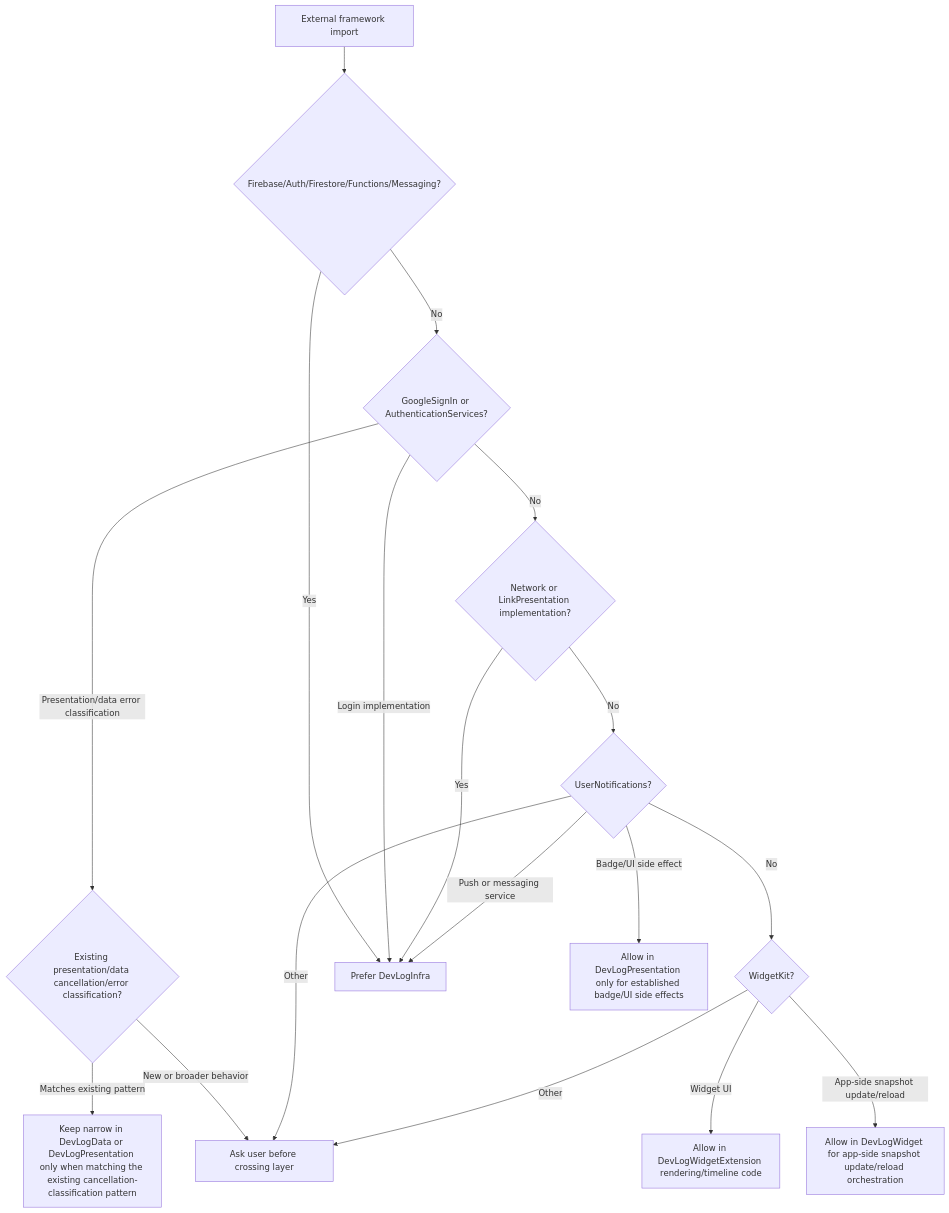
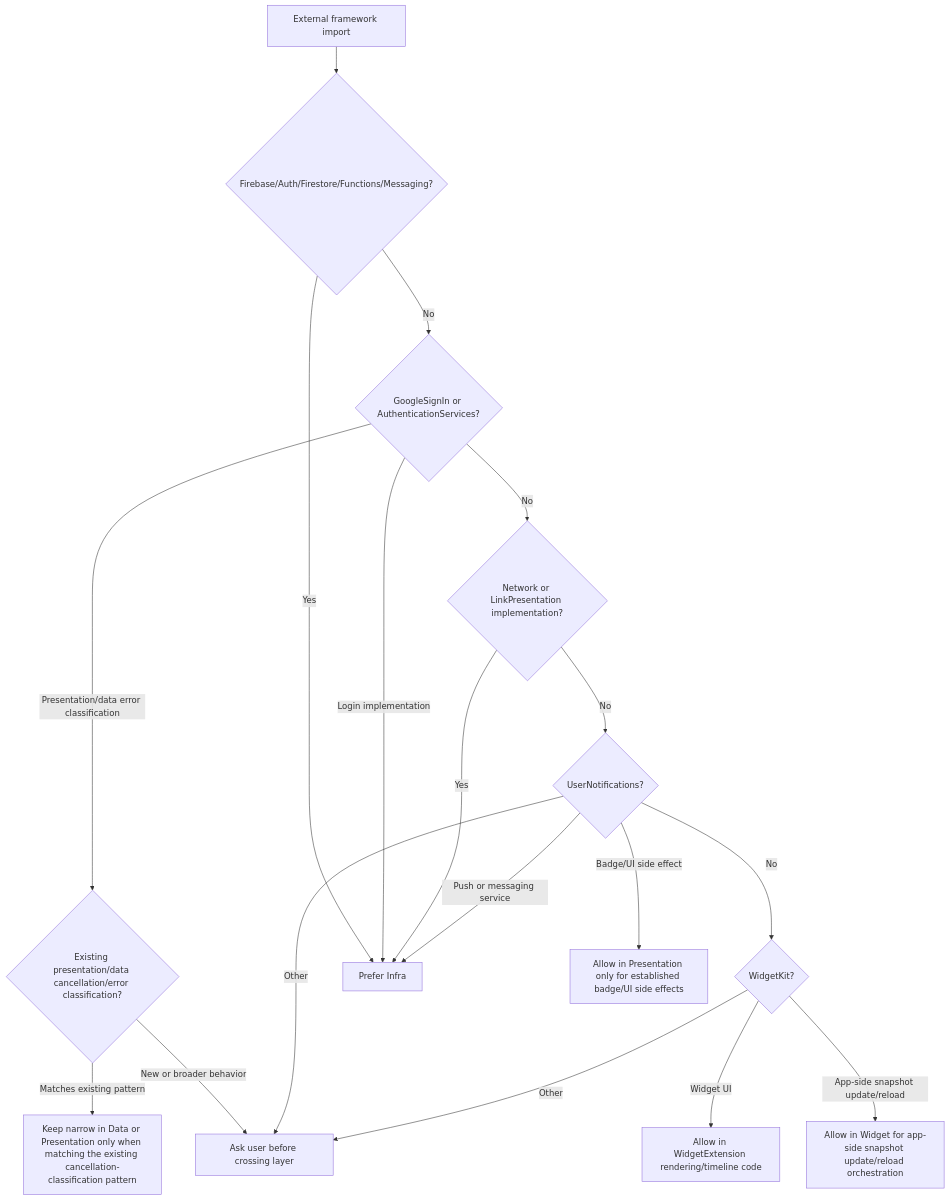
One commit to opficdev/DevLog_iOS changed the seventh of 9 diagrams in .hermes/skills/devlog-architecture-harness/references/devlog-architecture-flow.md. Above: the diagram before and after it, drawn with Mermaid. The commit also changed other lines of this file and 10 other files, not shown here.

````diff
--- a/.hermes/skills/devlog-architecture-harness/references/devlog-architecture-flow.md
+++ b/.hermes/skills/devlog-architecture-harness/references/devlog-architecture-flow.md
@@ -236,34 +236,34 @@
 ```mermaid
 flowchart TD
 	Import["External framework import"]
 	Firebase{"Firebase/Auth/Firestore/Functions/Messaging?"}
 	SocialLogin{"GoogleSignIn or AuthenticationServices?"}
 	SocialLoginClassification{"Existing presentation/data cancellation/error classification?"}
 	NetworkMeta{"Network or LinkPresentation implementation?"}
 	UserNotifications{"UserNotifications?"}
 	WidgetKit{"WidgetKit?"}
-	Infra["Prefer DevLogInfra"]
-	ErrorClassification["Keep narrow in DevLogData or DevLogPresentation only when matching the existing cancellation-classification pattern"]
-	PresentationBadge["Allow in DevLogPresentation only for established badge/UI side effects"]
-	Widget["Allow in DevLogWidget for app-side snapshot update/reload orchestration"]
-	WidgetExtension["Allow in DevLogWidgetExtension rendering/timeline code"]
+	Infra["Prefer Infra"]
+	ErrorClassification["Keep narrow in Data or Presentation only when matching the existing cancellation-classification pattern"]
+	PresentationBadge["Allow in Presentation only for established badge/UI side effects"]
+	Widget["Allow in Widget for app-side snapshot update/reload orchestration"]
+	WidgetExtension["Allow in WidgetExtension rendering/timeline code"]
 	Ask["Ask user before crossing layer"]
 
 	Import --> Firebase
 	Firebase -->|Yes| Infra
 	Firebase -->|No| SocialLogin
 	SocialLogin -->|Login implementation| Infra
 	SocialLogin -->|Presentation/data error classification| SocialLoginClassification
 	SocialLoginClassification -->|Matches existing pattern| ErrorClassification
 	SocialLoginClassification -->|New or broader behavior| Ask
 	SocialLogin -->|No| NetworkMeta
 	NetworkMeta -->|Yes| Infra
 	NetworkMeta -->|No| UserNotifications
 	UserNotifications -->|Badge/UI side effect| PresentationBadge
 	UserNotifications -->|Push or messaging service| Infra
 	UserNotifications -->|Other| Ask
 	UserNotifications -->|No| WidgetKit
 	WidgetKit -->|Widget UI| WidgetExtension
 	WidgetKit -->|App-side snapshot update/reload| Widget
 	WidgetKit -->|Other| Ask
 ```
````
